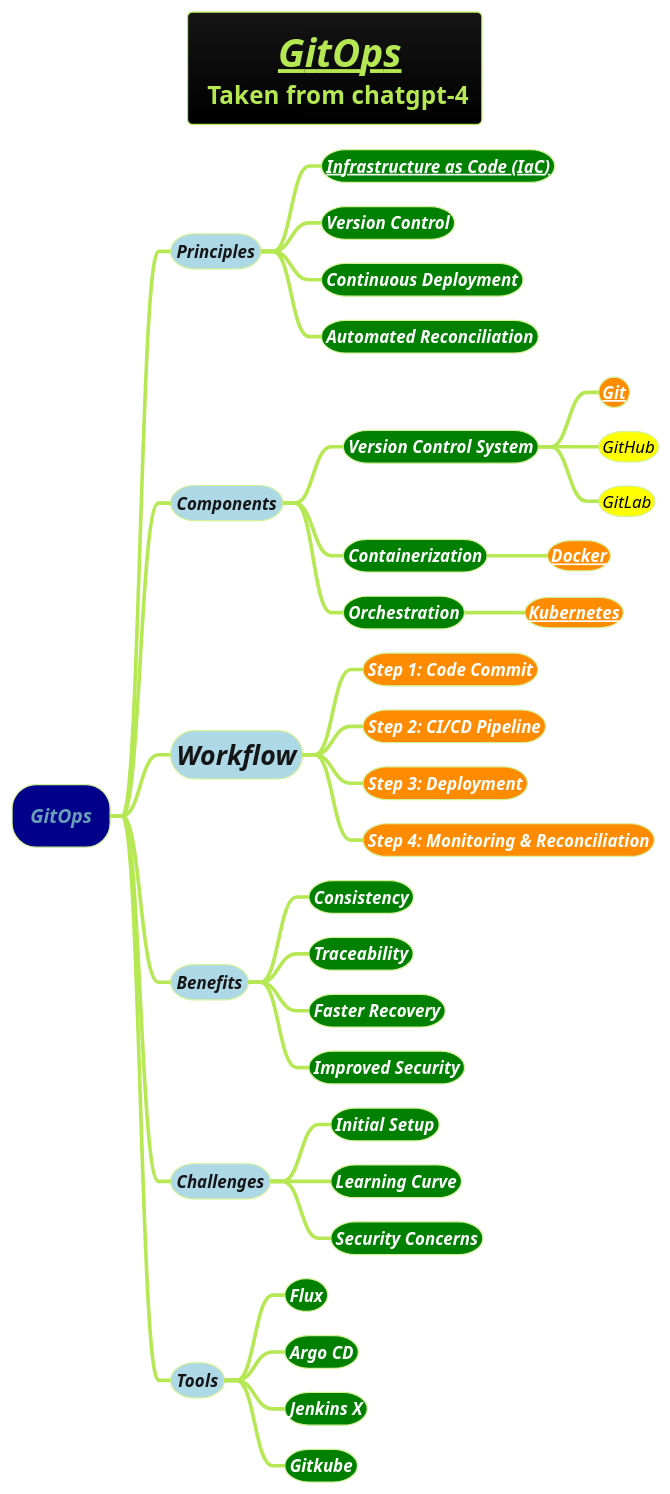
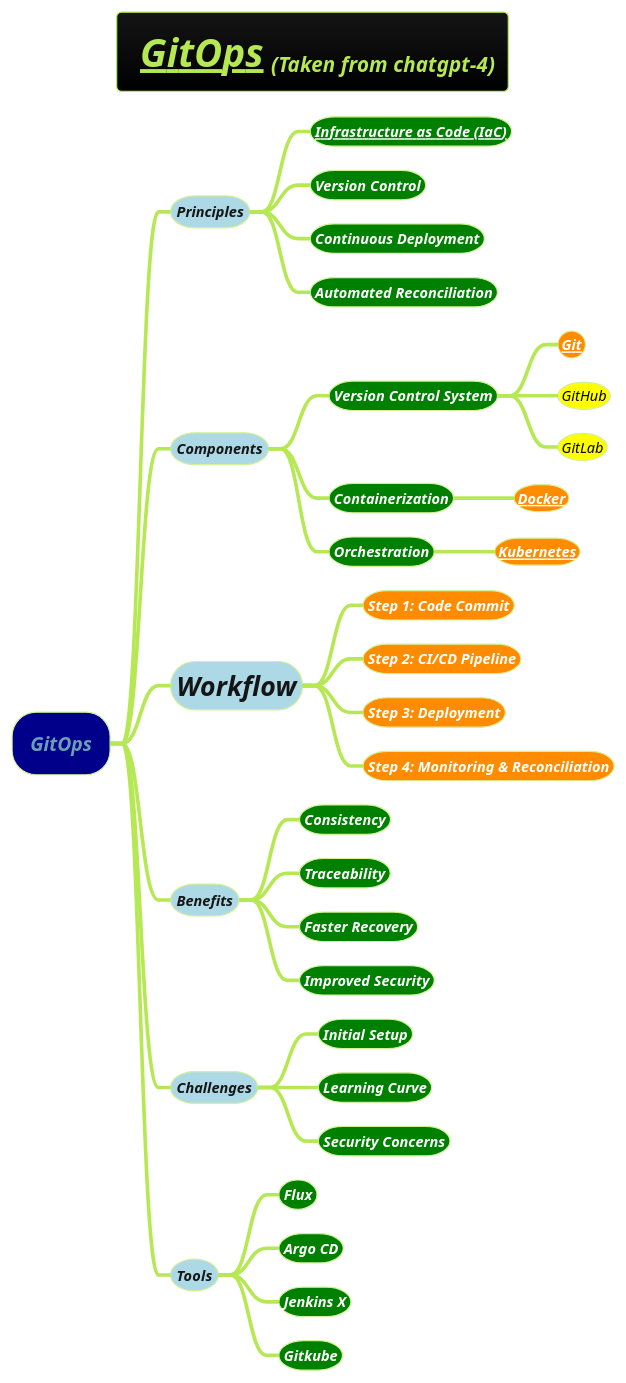
The diagram in docs/3-devops/git/GitOps-1.puml (MehmoodHashmi/Documentation-as-Code-DaC), drawn with PlantUML before and after one commit. The commit also changed 8 other files, not shown here.

```diff
--- a/docs/3-devops/git/GitOps-1.puml
+++ b/docs/3-devops/git/GitOps-1.puml
@@ -1,42 +1,42 @@
 @startmindmap
-title =__<i> GitOps__\n Taken from chatgpt-4
+title =__<i> GitOps__ <size:9><i>(Taken from chatgpt-4)
 !theme hacker
 
 
 
 
 *[#darkblue] <i>GitOps
-**[#lightblue] <i><color #blac><size:14>Principles
-***[#green] <b><i><color #white><size:14>[[docs/3-devops/devops-plantuml-mindmap/infrastructure-as-code.puml Infrastructure as Code (IaC)]]
-***[#green] <b><i><color #white><size:14>Version Control
-***[#green] <b><i><color #white><size:14>Continuous Deployment
-***[#green] <b><i><color #white><size:14>Automated Reconciliation
-**[#lightblue] <i><color #blac><size:14>Components
-***[#green] <b><i><color #white><size:14>Version Control System
-****[#darkorange] <i><color #black><size:14><size:14><b>[[Git.puml Git]]
-****[#yellow] <i><color #black><size:14><size:14>GitHub
-****[#yellow] <i><color #black><size:14><size:14>GitLab
-***[#green] <b><i><color #white><size:14>**Containerization**
-****[#darkorange] <i><color #black><size:14><size:14>**[[docs/3-devops/devops-plantuml-mindmap/Docker.puml Docker]]**
-***[#green] <b><i><color #white><size:14>**Orchestration**
-****[#darkorange] <i><color #black><size:14><size:14>**[[docs/3-devops/devops-plantuml-mindmap/kubernetes.puml Kubernetes]]**
+**[#lightblue] <i><color #blac><size:12>Principles
+***[#green] <b><i><color #white><size:12>[[docs/3-devops/devops-plantuml-mindmap/infrastructure-as-code.puml Infrastructure as Code (IaC)]]
+***[#green] <b><i><color #white><size:12>Version Control
+***[#green] <b><i><color #white><size:12>Continuous Deployment
+***[#green] <b><i><color #white><size:12>Automated Reconciliation
+**[#lightblue] <i><color #blac><size:12>Components
+***[#green] <b><i><color #white><size:12>Version Control System
+****[#darkorange] <i><color #black><size:12><size:12><b>[[Git.puml Git]]
+****[#yellow] <i><color #black><size:12><size:12>GitHub
+****[#yellow] <i><color #black><size:12><size:12>GitLab
+***[#green] <b><i><color #white><size:12>**Containerization**
+****[#darkorange] <i><color #black><size:12><size:12>**[[docs/3-devops/devops-plantuml-mindmap/Docker.puml Docker]]**
+***[#green] <b><i><color #white><size:12>**Orchestration**
+****[#darkorange] <i><color #black><size:12><size:12>**[[docs/3-devops/devops-plantuml-mindmap/kubernetes.puml Kubernetes]]**
 **[#lightblue] <i><color #blac><size:22>Workflow
-***[#darkorange] <b><i><color #white><size:14>**Step 1:** Code Commit
-***[#darkorange] <b><i><color #white><size:14>**Step 2:** CI/CD **Pipeline**
-***[#darkorange] <b><i><color #white><size:14>**Step 3:** **Deployment**
-***[#darkorange] <b><i><color #white><size:14>**Step 4:** Monitoring & Reconciliation
-**[#lightblue] <i><color #blac><size:14>Benefits
-***[#green] <b><i><color #white><size:14>Consistency
-***[#green] <b><i><color #white><size:14>Traceability
-***[#green] <b><i><color #white><size:14>Faster Recovery
-***[#green] <b><i><color #white><size:14>Improved Security
-**[#lightblue] <i><color #blac><size:14>Challenges
-***[#green] <b><i><color #white><size:14>Initial Setup
-***[#green] <b><i><color #white><size:14>Learning Curve
-***[#green] <b><i><color #white><size:14>Security Concerns
-**[#lightblue] <i><color #blac><size:14>Tools
-***[#green] <b><i><color #white><size:14>**Flux**
-***[#green] <b><i><color #white><size:14>**Argo CD**
-***[#green] <b><i><color #white><size:14>**Jenkins X**
-***[#green] <b><i><color #white><size:14>**Gitkube**
+***[#darkorange] <b><i><color #white><size:12>**Step 1:** Code Commit
+***[#darkorange] <b><i><color #white><size:12>**Step 2:** CI/CD **Pipeline**
+***[#darkorange] <b><i><color #white><size:12>**Step 3:** **Deployment**
+***[#darkorange] <b><i><color #white><size:12>**Step 4:** Monitoring & Reconciliation
+**[#lightblue] <i><color #blac><size:12>Benefits
+***[#green] <b><i><color #white><size:12>Consistency
+***[#green] <b><i><color #white><size:12>Traceability
+***[#green] <b><i><color #white><size:12>Faster Recovery
+***[#green] <b><i><color #white><size:12>Improved Security
+**[#lightblue] <i><color #blac><size:12>Challenges
+***[#green] <b><i><color #white><size:12>Initial Setup
+***[#green] <b><i><color #white><size:12>Learning Curve
+***[#green] <b><i><color #white><size:12>Security Concerns
+**[#lightblue] <i><color #blac><size:12>Tools
+***[#green] <b><i><color #white><size:12>**Flux**
+***[#green] <b><i><color #white><size:12>**Argo CD**
+***[#green] <b><i><color #white><size:12>**Jenkins X**
+***[#green] <b><i><color #white><size:12>**Gitkube**
 @endmindmap
```
